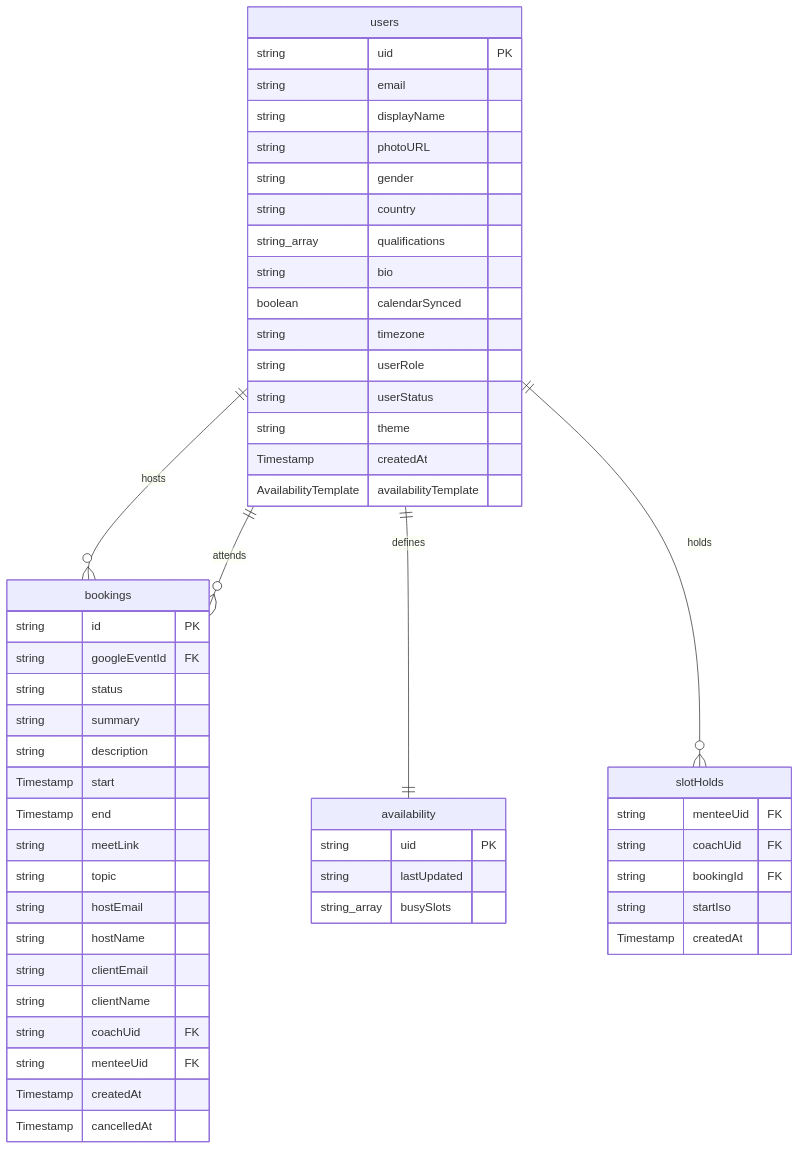
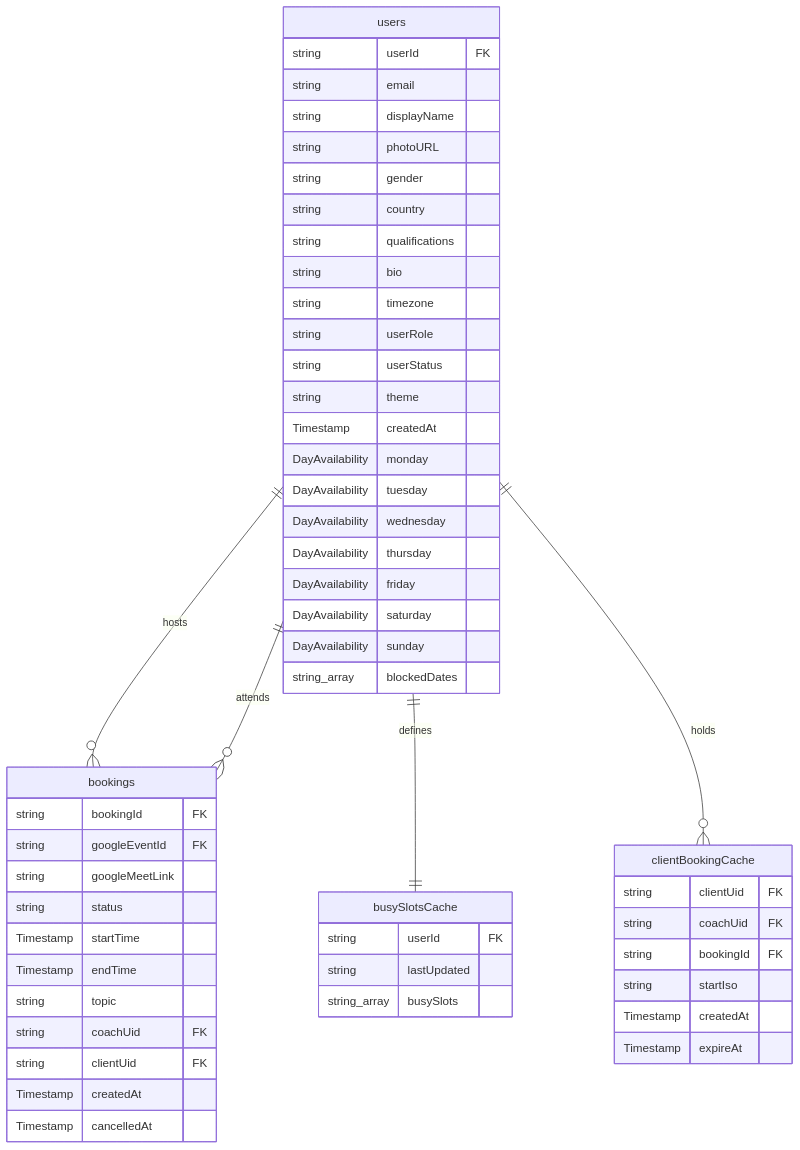
The diagram in docs/schema-erd.md (premkumar-masilamani/peer-coaching-network), drawn with Mermaid before and after one commit. The commit also changed other lines of this file and 10 other files, not shown here.

First line of the commit message:
feat: rename slotHolds collection to clientBookingCache (#10)

````diff
--- a/docs/schema-erd.md
+++ b/docs/schema-erd.md
@@ -10,59 +10,60 @@
 ```mermaid
 erDiagram
     users ||--o{ bookings : "hosts"
     users ||--o{ bookings : "attends"
-    users ||--|| availability : "defines"
-    users ||--o{ slotHolds : "holds"
+    users ||--|| busySlotsCache : "defines"
+    users ||--o{ clientBookingCache : "holds"
 
     users {
-        string uid PK
+        string userId FK
         string email
         string displayName
         string photoURL
         string gender
         string country
-        string_array qualifications
+        string qualifications
         string bio
-        boolean calendarSynced
         string timezone
         string userRole
         string userStatus
         string theme
         Timestamp createdAt
-        AvailabilityTemplate availabilityTemplate
+        DayAvailability monday
+        DayAvailability tuesday
+        DayAvailability wednesday
+        DayAvailability thursday
+        DayAvailability friday
+        DayAvailability saturday
+        DayAvailability sunday
+        string_array blockedDates
     }
 
     bookings {
-        string id PK
+        string bookingId FK
         string googleEventId FK
+        string googleMeetLink
         string status
-        string summary
-        string description
-        Timestamp start
-        Timestamp end
-        string meetLink
+        Timestamp startTime
+        Timestamp endTime
         string topic
-        string hostEmail
-        string hostName
-        string clientEmail
-        string clientName
         string coachUid FK
-        string menteeUid FK
+        string clientUid FK
         Timestamp createdAt
         Timestamp cancelledAt
     }
 
-    availability {
-        string uid PK
+    busySlotsCache {
+        string userId FK
         string lastUpdated
         string_array busySlots
     }
 
-    slotHolds {
-        string menteeUid FK
+    clientBookingCache {
+        string clientUid FK
         string coachUid FK
         string bookingId FK
         string startIso
         Timestamp createdAt
+        Timestamp expireAt
     }
 ```
````
